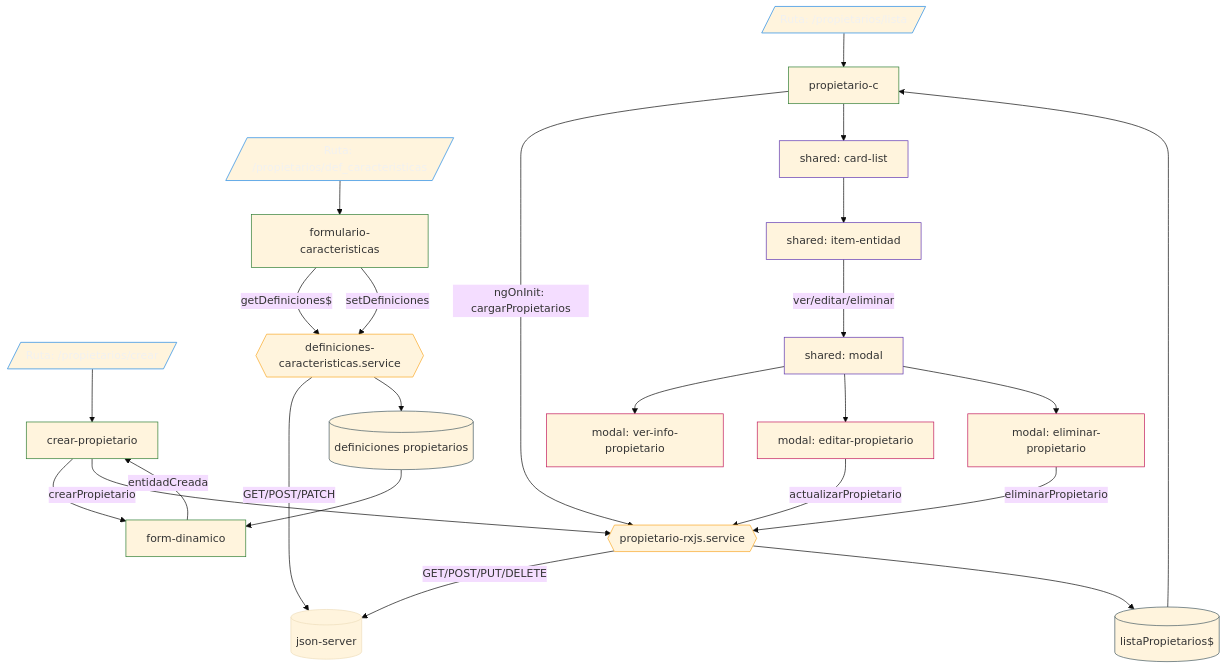
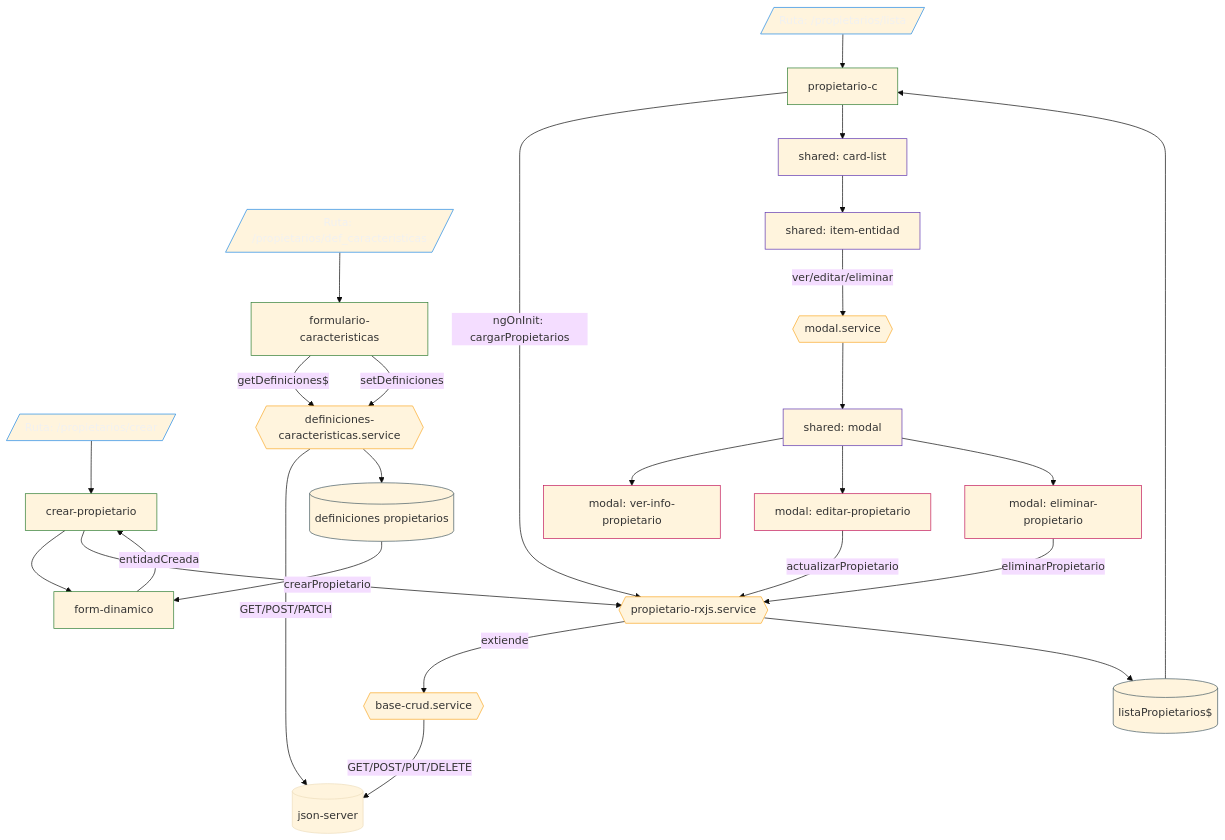
One commit to srOtyy/mvpInmo changed the diagram in docs/diagramas/propietarios_flujo.md. Above: the diagram before and after it, drawn with Mermaid (base theme). The commit also changed other lines of this file and 3 other files, not shown here.

````diff
--- a/docs/diagramas/propietarios_flujo.md
+++ b/docs/diagramas/propietarios_flujo.md
@@ -3,67 +3,71 @@
 ```mermaid
 flowchart TB
     %% Rutas
     RLISTA[/Ruta: /propietarios/lista/]
     RCREAR[/Ruta: /propietarios/crear/]
     RDEF[/Ruta: /propietarios/def_caracteristicas/]
 
     %% Componentes
     LC[propietario-c]
     CC[crear-propietario]
     FD[form-dinamico]
     FC[formulario-caracteristicas]
     CL[shared: card-list]
     IE[shared: item-entidad]
     MOD[shared: modal]
     MV[modal: ver-info-propietario]
     ME[modal: editar-propietario]
     MD[modal: eliminar-propietario]
 
     %% Servicios y estado
     SP{{propietario-rxjs.service}}
+    BC{{base-crud.service}}
+    MS{{modal.service}}
     SD{{definiciones-caracteristicas.service}}
     EP[(listaPropietarios$)]
     ED[(definiciones propietarios)]
 
     %% Lista
     RLISTA --> LC
     LC -->|ngOnInit: cargarPropietarios| SP
-    SP -->|GET/POST/PUT/DELETE| API[(json-server)]
+    SP -->|extiende| BC
+    BC -->|GET/POST/PUT/DELETE| API[(json-server)]
     SP --> EP
     EP --> LC
     LC --> CL --> IE
-    IE -->|ver/editar/eliminar| MOD
+    IE -->|ver/editar/eliminar| MS
+    MS --> MOD
     MOD --> MV
     MOD --> ME
     MOD --> MD
     ME -->|actualizarPropietario| SP
     MD -->|eliminarPropietario| SP
 
     %% Crear
     RCREAR --> CC --> FD
     FD -->|entidadCreada| CC
     CC -->|crearPropietario| SP
 
     %% Definiciones de caracteristicas
     RDEF --> FC
     FC -->|getDefiniciones$| SD
     FC -->|setDefiniciones| SD
     SD -->|GET/POST/PATCH| API
     SD --> ED
     ED --> FD
 
     %% Estilos
     classDef route stroke:#1E88E5,color:#f1f1f1;
     classDef component stroke:#2E7D32;
     classDef service stroke:#F9A825;
     classDef modal stroke:#C2185B;
     classDef shared stroke:#5E35B1;
     classDef state stroke:#455A64;
 
     class RLISTA,RCREAR,RDEF route;
     class LC,CC,FD,FC component;
     class CL,IE,MOD shared;
     class MV,ME,MD modal;
-    class SP,SD service;
+    class SP,BC,MS,SD service;
     class EP,ED state;
 ```
````
